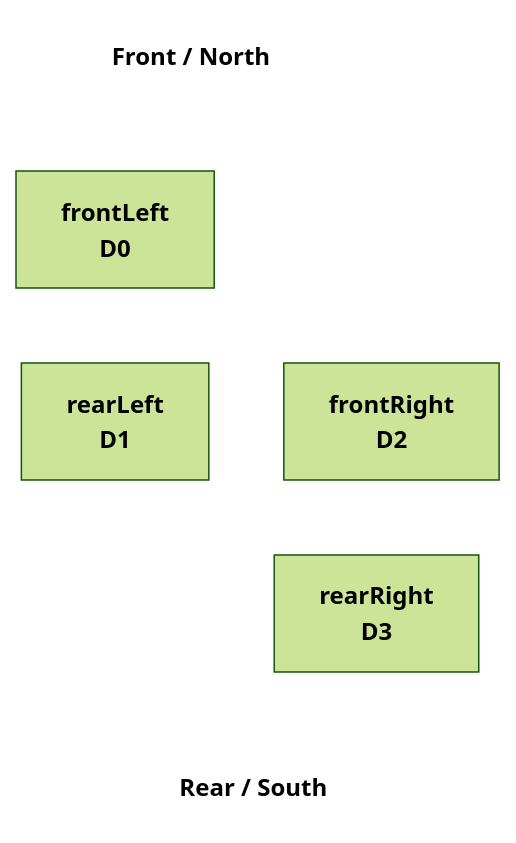
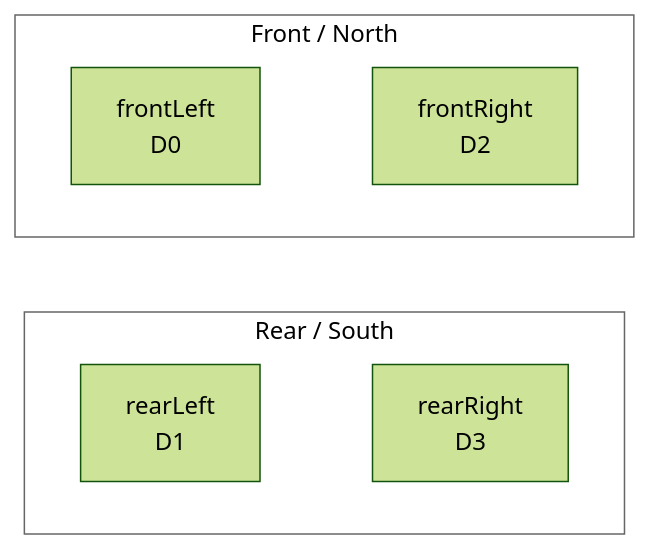
Before and after one commit to NYC-FIRST/SystemcoreTesting: the diagram in testprojects/robot test/docs/mecanum-drive-setup.md, drawn with Mermaid (forest theme).

````diff
--- a/testprojects/robot test/docs/mecanum-drive-setup.md
+++ b/testprojects/robot test/docs/mecanum-drive-setup.md
@@ -41,24 +41,17 @@
 ```mermaid
 flowchart TB
-    FRONT["Front / North"]
-    FL["frontLeft<br/>D0"]
-    FR["frontRight<br/>D2"]
-    RL["rearLeft<br/>D1"]
-    RR["rearRight<br/>D3"]
-    REAR["Rear / South"]
+    subgraph FRONT_ROW["Front / North"]
+        direction LR
+        FL["frontLeft<br/>D0"] ~~~ FR["frontRight<br/>D2"]
+    end
 
-    FRONT ~~~ FL
-    FRONT ~~~ FR
+    subgraph REAR_ROW["Rear / South"]
+        direction LR
+        RL["rearLeft<br/>D1"] ~~~ RR["rearRight<br/>D3"]
+    end
 
-    FL ~~~ FR
-    RL ~~~ RR
+    FRONT_ROW ~~~ REAR_ROW
 
-    FL ~~~ RL
-    FR ~~~ RR
-
-    RL ~~~ REAR
-    RR ~~~ REAR
-
-    classDef label fill:transparent,stroke:transparent,color:currentColor,font-weight:bold;
-    class FRONT,REAR label;
+    style FRONT_ROW fill:transparent,stroke:#666,color:currentColor
+    style REAR_ROW fill:transparent,stroke:#666,color:currentColor
 ```
````
